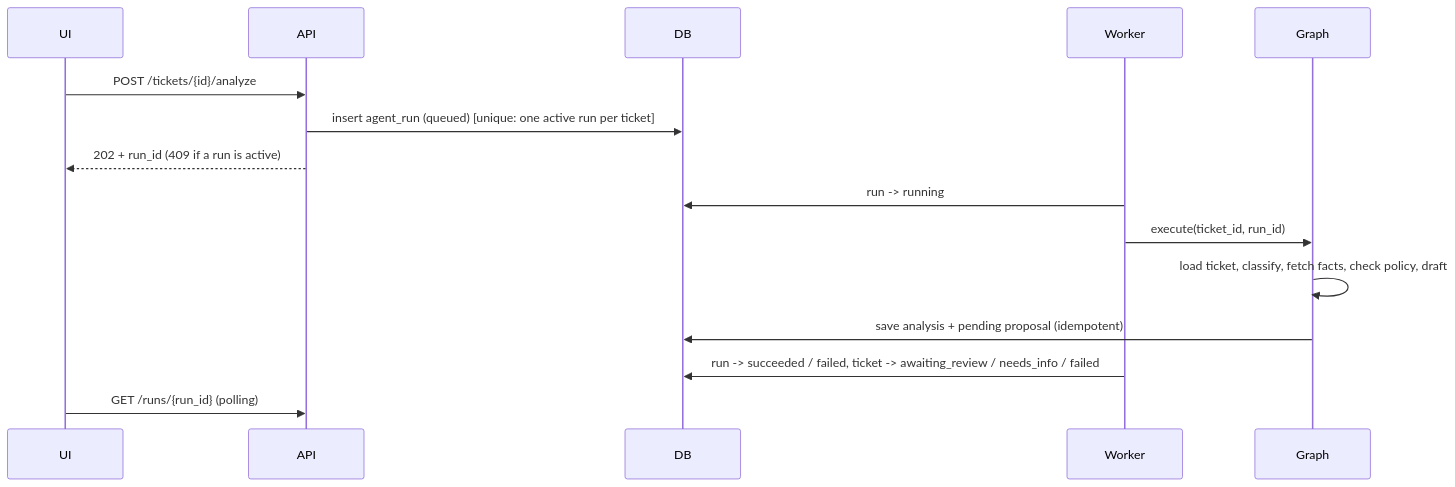
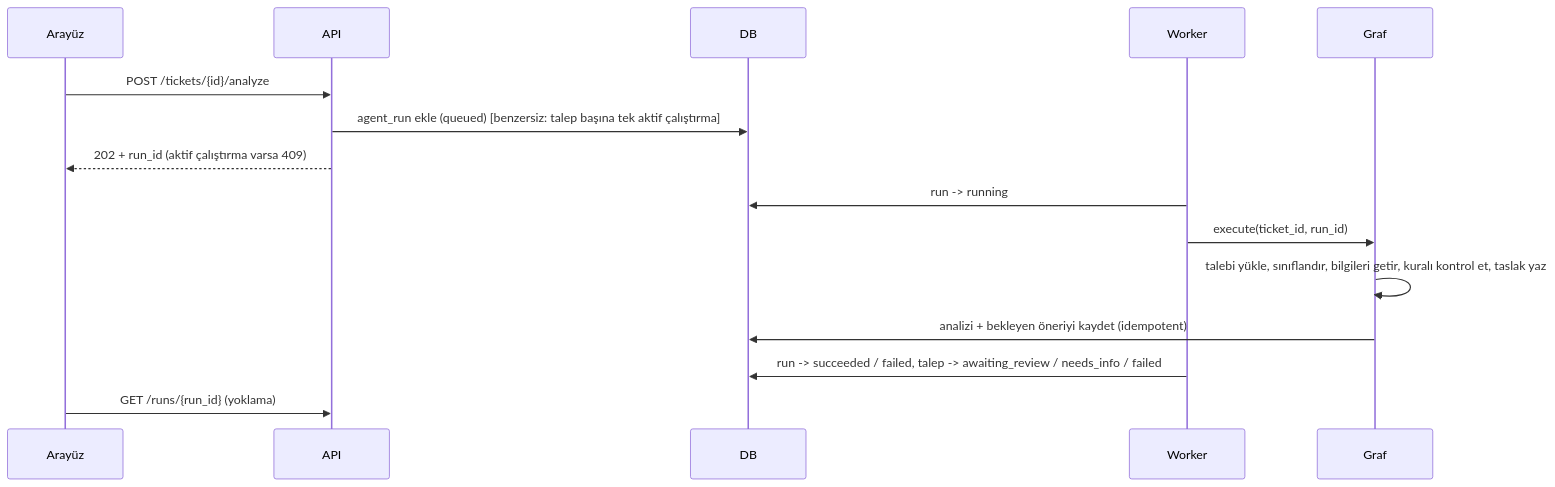
The second of 4 diagrams in docs/ARCHITECTURE.md (UygarYildiz/SupportFlow), drawn with Mermaid before and after one commit. The commit also changed other lines of this file and 55 other files, not shown here.

````diff
--- a/docs/ARCHITECTURE.md
+++ b/docs/ARCHITECTURE.md
@@ -48,17 +48,17 @@
 ```mermaid
 sequenceDiagram
-    participant UI
+    participant UI as Arayüz
     participant API
     participant DB
     participant Worker
-    participant Graph
+    participant Graph as Graf
     UI->>API: POST /tickets/{id}/analyze
-    API->>DB: insert agent_run (queued) [unique: one active run per ticket]
-    API-->>UI: 202 + run_id (409 if a run is active)
+    API->>DB: agent_run ekle (queued) [benzersiz: talep başına tek aktif çalıştırma]
+    API-->>UI: 202 + run_id (aktif çalıştırma varsa 409)
     Worker->>DB: run -> running
     Worker->>Graph: execute(ticket_id, run_id)
-    Graph->>Graph: load ticket, classify, fetch facts, check policy, draft
-    Graph->>DB: save analysis + pending proposal (idempotent)
-    Worker->>DB: run -> succeeded / failed, ticket -> awaiting_review / needs_info / failed
-    UI->>API: GET /runs/{run_id} (polling)
+    Graph->>Graph: talebi yükle, sınıflandır, bilgileri getir, kuralı kontrol et, taslak yaz
+    Graph->>DB: analizi + bekleyen öneriyi kaydet (idempotent)
+    Worker->>DB: run -> succeeded / failed, talep -> awaiting_review / needs_info / failed
+    UI->>API: GET /runs/{run_id} (yoklama)
 ```
````
